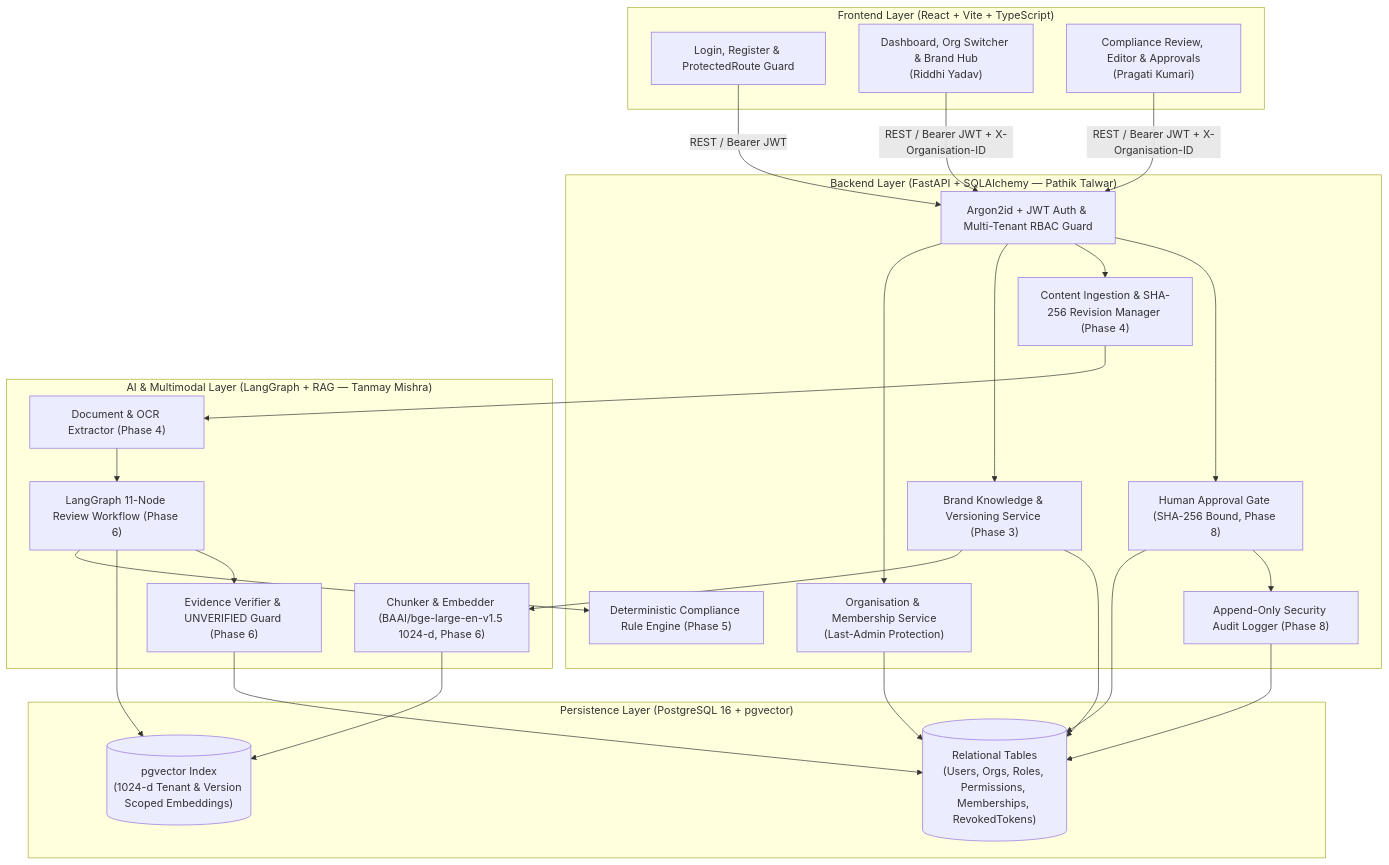
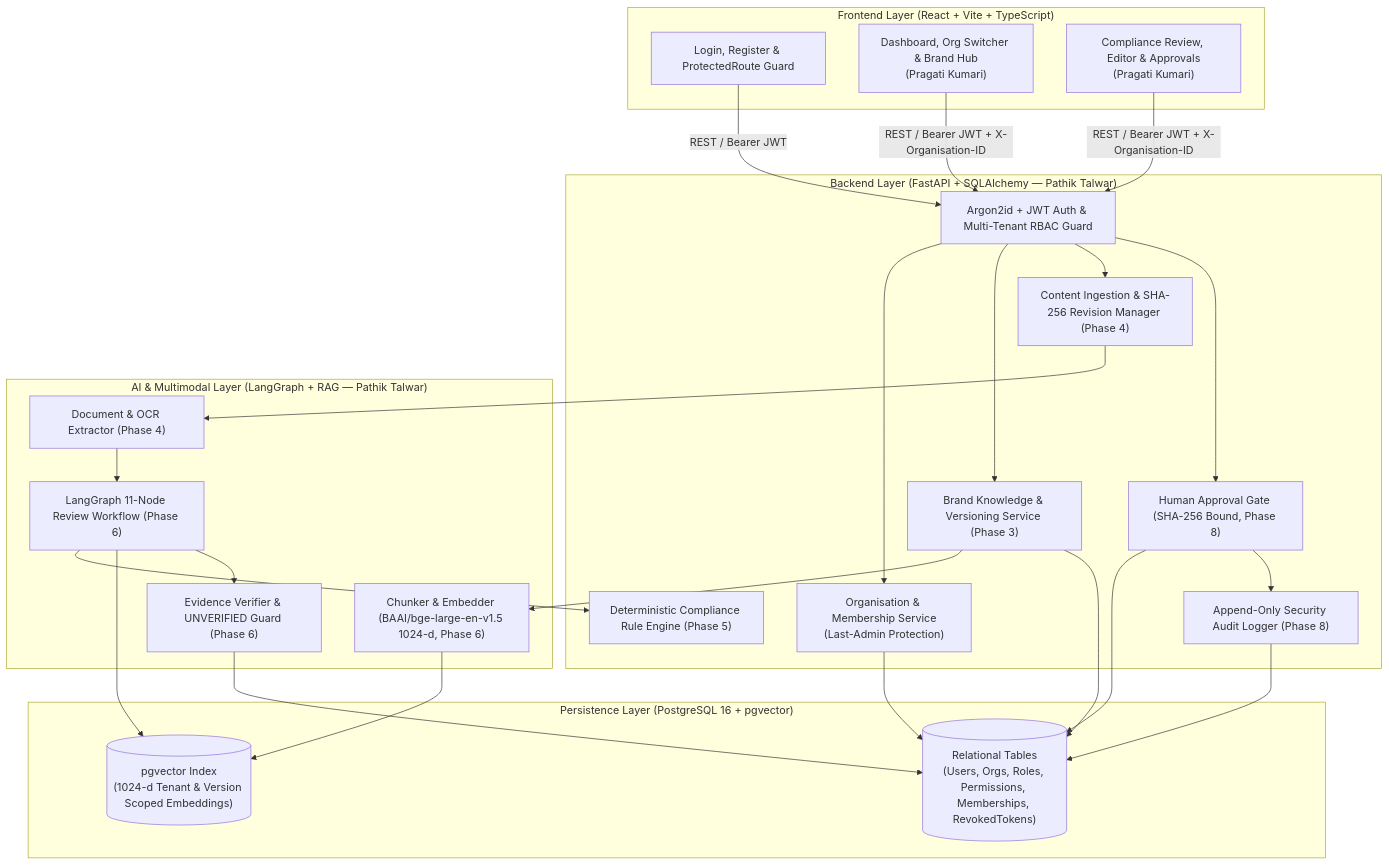
Before and after one commit to Pathik008/Inkloom-AI: the second of 2 diagrams in docs/ARCHITECTURE.md, drawn with Mermaid. The commit also changed 4 other files, not shown here.

````diff
--- a/docs/ARCHITECTURE.md
+++ b/docs/ARCHITECTURE.md
@@ -141,51 +141,51 @@
 ```mermaid
 flowchart TD
     subgraph Client["Frontend Layer (React + Vite + TypeScript)"]
         AuthUI["Login, Register & ProtectedRoute Guard"]
-        UI_Dash["Dashboard, Org Switcher & Brand Hub\n(Riddhi Yadav)"]
+        UI_Dash["Dashboard, Org Switcher & Brand Hub\n(Pragati Kumari)"]
         UI_Rev["Compliance Review, Editor & Approvals\n(Pragati Kumari)"]
     end
 
     subgraph API["Backend Layer (FastAPI + SQLAlchemy — Pathik Talwar)"]
         Auth["Argon2id + JWT Auth & Multi-Tenant RBAC Guard"]
         OrgSvc["Organisation & Membership Service\n(Last-Admin Protection)"]
         BrandSvc["Brand Knowledge & Versioning Service (Phase 3)"]
         ContentSvc["Content Ingestion & SHA-256 Revision Manager (Phase 4)"]
         DetEngine["Deterministic Compliance Rule Engine (Phase 5)"]
         ApprovalGate["Human Approval Gate (SHA-256 Bound, Phase 8)"]
         AuditSvc["Append-Only Security Audit Logger (Phase 8)"]
     end
 
-    subgraph AI["AI & Multimodal Layer (LangGraph + RAG — Tanmay Mishra)"]
+    subgraph AI["AI & Multimodal Layer (LangGraph + RAG — Pathik Talwar)"]
         DocParser["Document & OCR Extractor (Phase 4)"]
         Chunker["Chunker & Embedder (BAAI/bge-large-en-v1.5 1024-d, Phase 6)"]
         Orchestrator["LangGraph 11-Node Review Workflow (Phase 6)"]
         EvidenceCheck["Evidence Verifier & UNVERIFIED Guard (Phase 6)"]
     end
 
     subgraph Data["Persistence Layer (PostgreSQL 16 + pgvector)"]
         RelDB[("Relational Tables\n(Users, Orgs, Roles, Permissions, Memberships, RevokedTokens)")]
         VecDB[("pgvector Index\n(1024-d Tenant & Version Scoped Embeddings)")]
     end
 
     AuthUI -->|REST / Bearer JWT| Auth
     UI_Dash -->|REST / Bearer JWT + X-Organisation-ID| Auth
     UI_Rev -->|REST / Bearer JWT + X-Organisation-ID| Auth
     Auth --> OrgSvc
     OrgSvc --> RelDB
     Auth --> BrandSvc
     Auth --> ContentSvc
     Auth --> ApprovalGate
     BrandSvc --> Chunker
     Chunker --> VecDB
     BrandSvc --> RelDB
     ContentSvc --> DocParser
     DocParser --> Orchestrator
     Orchestrator --> DetEngine
     Orchestrator --> VecDB
     Orchestrator --> EvidenceCheck
     EvidenceCheck --> RelDB
     ApprovalGate --> RelDB
     ApprovalGate --> AuditSvc
     AuditSvc --> RelDB
 ```
````
